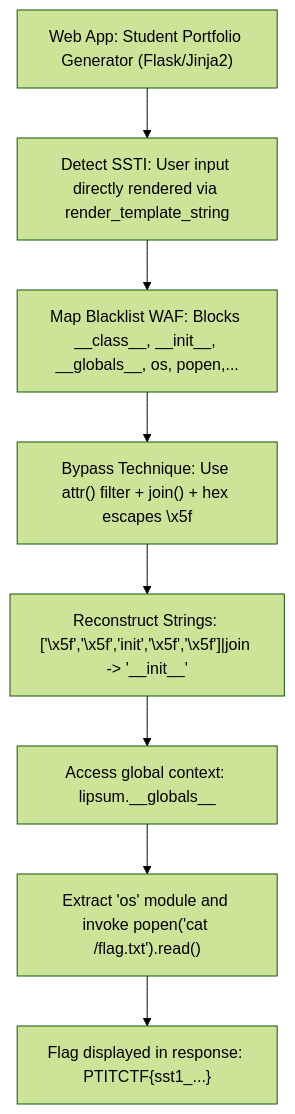
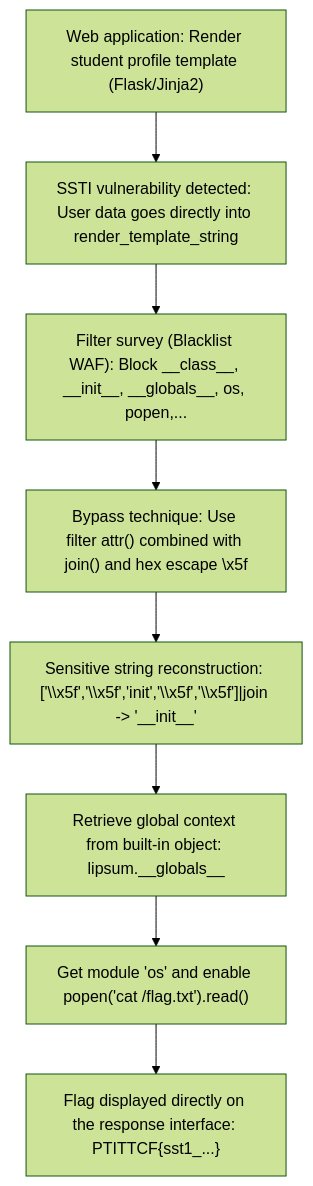
Before and after one commit to Lizamort1/ctf-writeups: the second of 2 diagrams in _posts/2026-08-22-ptit-portfolio-renderer.md, drawn with Mermaid (forest theme). The commit also changed other lines of this file and 42 other files, not shown here.

Commit message:
fix: synchronize bilingual writeups and redraw diagrams

````diff
--- a/_posts/2026-08-22-ptit-portfolio-renderer.md
+++ b/_posts/2026-08-22-ptit-portfolio-renderer.md
@@ -105,10 +106,10 @@
 ```mermaid
 flowchart TD
-    A["Web App: Student Portfolio Generator (Flask/Jinja2)"] --> B["Detect SSTI: User input directly rendered via render_template_string"]
-    B --> C["Map Blacklist WAF: Blocks __class__, __init__, __globals__, os, popen,..."]
-    C --> D["Bypass Technique: Use attr() filter + join() + hex escapes \x5f"]
-    D --> E["Reconstruct Strings: ['\x5f','\x5f','init','\x5f','\x5f']|join -> '__init__'"]
-    E --> F["Access global context: lipsum.__globals__"]
-    F --> G["Extract 'os' module and invoke popen('cat /flag.txt').read()"]
-    G --> H["Flag displayed in response: PTITCTF{sst1_...}"]
+    A["Web application: Render student profile template (Flask/Jinja2)"] --> B["SSTI vulnerability detected: User data goes directly into render_template_string"]
+    B --> C["Filter survey (Blacklist WAF): Block __class__, __init__, __globals__, os, popen,..."]
+    C --> D["Bypass technique: Use filter attr() combined with join() and hex escape \x5f"]
+    D --> E["Sensitive string reconstruction: ['\\x5f','\\x5f','init','\\x5f','\\x5f']|join -> '__init__'"]
+    E --> F["Retrieve global context from built-in object: lipsum.__globals__"]
+    F --> G["Get module 'os' and enable popen('cat /flag.txt').read()"]
+    G --> H["Flag displayed directly on the response interface: PTITTCF{sst1_...}"]
 ```
````
